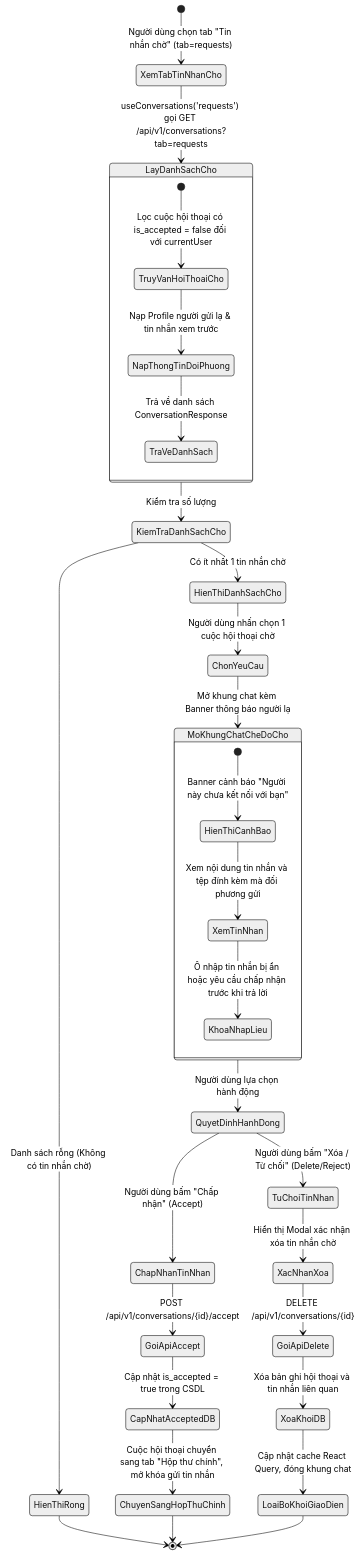
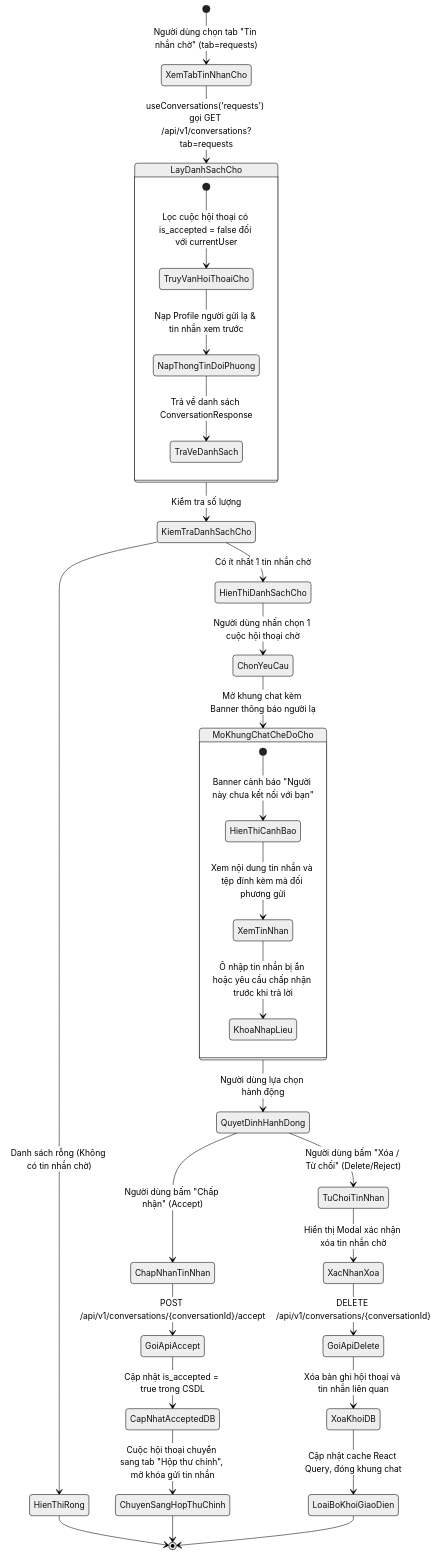
Before and after one commit to Alumnect/Alumnect: the first of 3 diagrams in docs/update_SRS/SRS_UC_35_ManageMessageRequests.md, drawn with Mermaid (neutral theme). The commit also changed other lines of this file and 83 other files, not shown here.

````diff
--- a/docs/update_SRS/SRS_UC_35_ManageMessageRequests.md
+++ b/docs/update_SRS/SRS_UC_35_ManageMessageRequests.md
@@ -7,45 +7,45 @@
 ```mermaid
 stateDiagram-v2
     [*] --> XemTabTinNhanCho: Người dùng chọn tab "Tin nhắn chờ" (tab=requests)
     XemTabTinNhanCho --> LayDanhSachCho: useConversations('requests') gọi GET /api/v1/conversations?tab=requests
     
     state LayDanhSachCho {
         [*] --> TruyVanHoiThoaiCho: Lọc cuộc hội thoại có is_accepted = false đối với currentUser
         TruyVanHoiThoaiCho --> NapThongTinDoiPhuong: Nạp Profile người gửi lạ & tin nhắn xem trước
         NapThongTinDoiPhuong --> TraVeDanhSach: Trả về danh sách ConversationResponse
     }
     
     LayDanhSachCho --> KiemTraDanhSachCho: Kiểm tra số lượng
     
     state KiemTraDanhSachCho <<choice>>
     KiemTraDanhSachCho --> HienThiRong: Danh sách rỗng (Không có tin nhắn chờ)
     HienThiRong --> [*]
     
     KiemTraDanhSachCho --> HienThiDanhSachCho: Có ít nhất 1 tin nhắn chờ
     HienThiDanhSachCho --> ChonYeuCau: Người dùng nhấn chọn 1 cuộc hội thoại chờ
     
     ChonYeuCau --> MoKhungChatCheDoCho: Mở khung chat kèm Banner thông báo người lạ
     
     state MoKhungChatCheDoCho {
         [*] --> HienThiCanhBao: Banner cảnh báo "Người này chưa kết nối với bạn"
         HienThiCanhBao --> XemTinNhan: Xem nội dung tin nhắn và tệp đính kèm mà đối phương gửi
         XemTinNhan --> KhoaNhapLieu: Ô nhập tin nhắn bị ẩn hoặc yêu cầu chấp nhận trước khi trả lời
     }
     
     MoKhungChatCheDoCho --> QuyetDinhHanhDong: Người dùng lựa chọn hành động
     
     state QuyetDinhHanhDong <<choice>>
     QuyetDinhHanhDong --> ChapNhanTinNhan: Người dùng bấm "Chấp nhận" (Accept)
     QuyetDinhHanhDong --> TuChoiTinNhan: Người dùng bấm "Xóa / Từ chối" (Delete/Reject)
     
-    ChapNhanTinNhan --> GoiApiAccept: POST /api/v1/conversations/{id}/accept
+    ChapNhanTinNhan --> GoiApiAccept: POST /api/v1/conversations/{conversationId}/accept
     GoiApiAccept --> CapNhatAcceptedDB: Cập nhật is_accepted = true trong CSDL
     CapNhatAcceptedDB --> ChuyenSangHopThuChinh: Cuộc hội thoại chuyển sang tab "Hộp thư chính", mở khóa gửi tin nhắn
     ChuyenSangHopThuChinh --> [*]
     
     TuChoiTinNhan --> XacNhanXoa: Hiển thị Modal xác nhận xóa tin nhắn chờ
-    XacNhanXoa --> GoiApiDelete: DELETE /api/v1/conversations/{id}
+    XacNhanXoa --> GoiApiDelete: DELETE /api/v1/conversations/{conversationId}
     GoiApiDelete --> XoaKhoiDB: Xóa bản ghi hội thoại và tin nhắn liên quan
     XoaKhoiDB --> LoaiBoKhoiGiaoDien: Cập nhật cache React Query, đóng khung chat
     LoaiBoKhoiGiaoDien --> [*]
 ```
````
